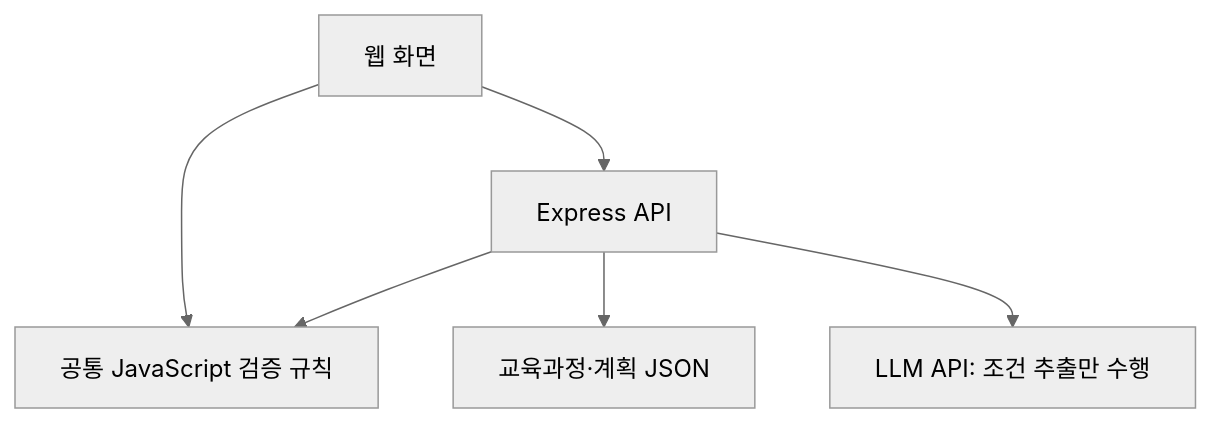
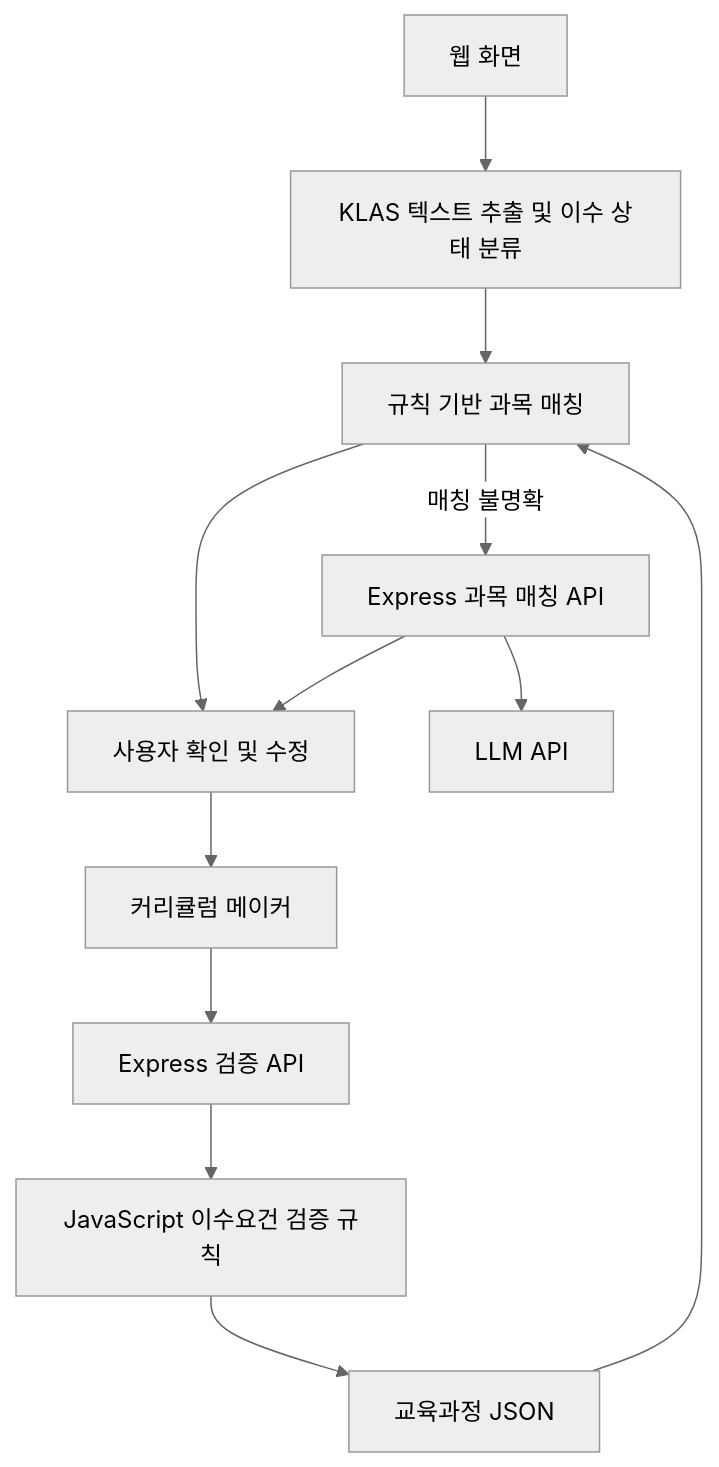
The diagram in README.md (central324/CurriTree), drawn with Mermaid (neutral theme) before and after one commit. The commit also changed other lines of this file, not shown here.

````diff
--- a/README.md
+++ b/README.md
@@ -108,8 +237,14 @@
 ```mermaid
 flowchart TD
-    UI["웹 화면"] --> API["Express API"]
-    UI --> Rules["공통 JavaScript 검증 규칙"]
-    API --> Rules
-    API --> Data["교육과정·계획 JSON"]
-    API --> LLM["LLM API: 조건 추출만 수행"]
+    UI["웹 화면"] --> Parser["KLAS 텍스트 추출 및 이수 상태 분류"]
+    Parser --> Matcher["규칙 기반 과목 매칭"]
+    Matcher --> Confirm["사용자 확인 및 수정"]
+    Matcher -->|"매칭 불명확"| AI["Express 과목 매칭 API"]
+    AI --> LLM["LLM API"]
+    AI --> Confirm
+    Confirm --> Planner["커리큘럼 메이커"]
+    Planner --> Validate["Express 검증 API"]
+    Validate --> Rules["JavaScript 이수요건 검증 규칙"]
+    Rules --> Data["교육과정 JSON"]
+    Data --> Matcher
 ```
````
